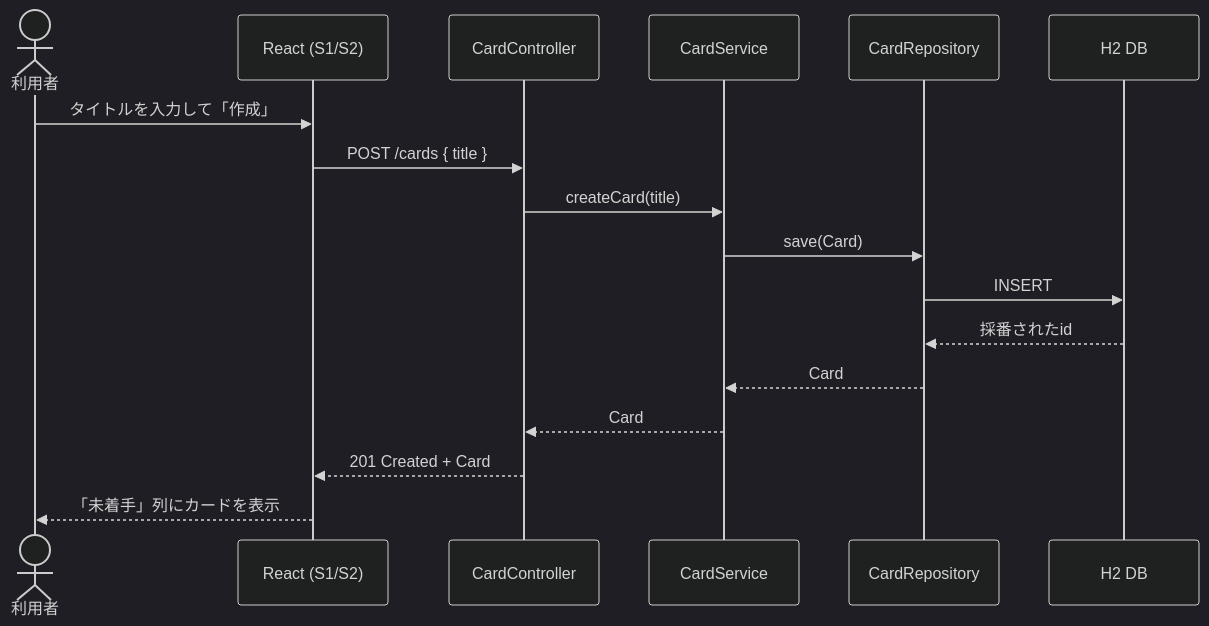
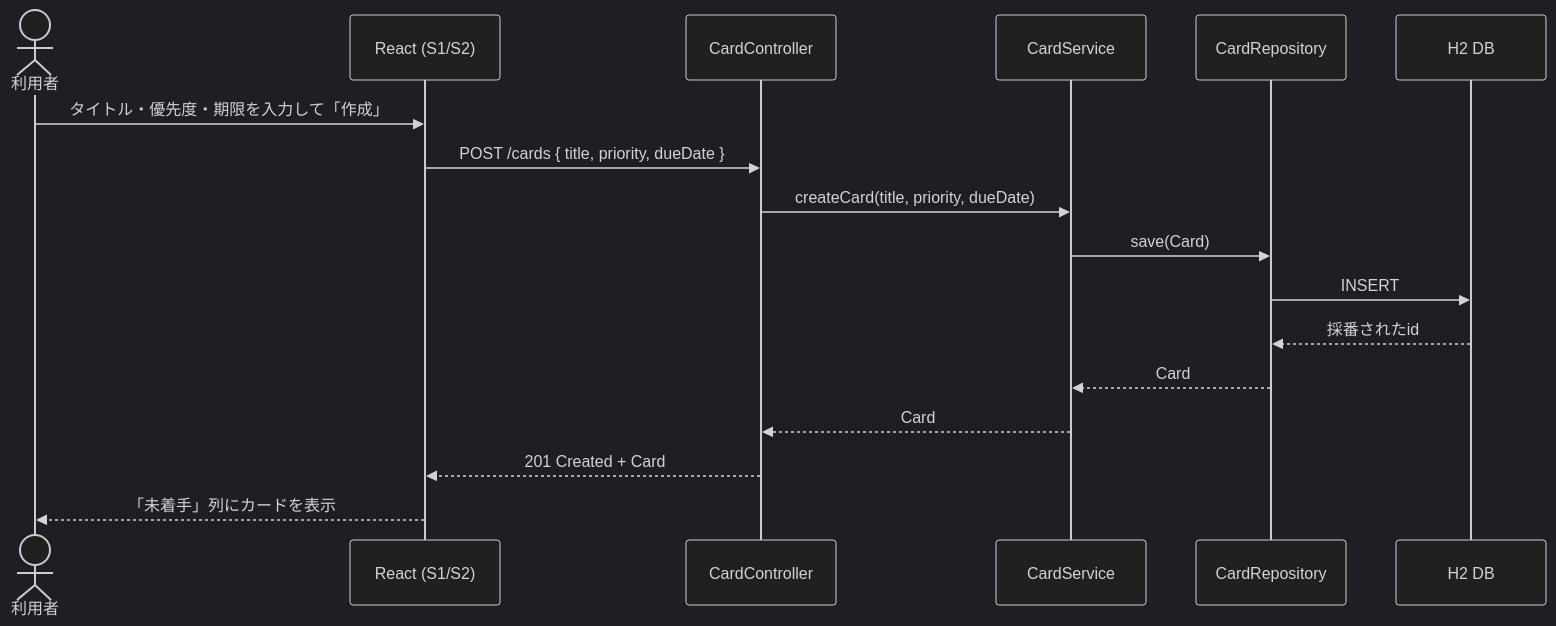
One commit to takahiromorikawa/TaskManagement changed the first of 4 diagrams in docs/api.md. Above: the diagram before and after it, drawn with Mermaid (dark theme). The commit also changed other lines of this file and 4 other files, not shown here.

````diff
--- a/docs/api.md
+++ b/docs/api.md
@@ -24,20 +27,20 @@
 ```mermaid
 sequenceDiagram
     actor User as 利用者
     participant FE as React (S1/S2)
     participant API as CardController
     participant SVC as CardService
     participant REPO as CardRepository
     participant DB as H2 DB
 
-    User->>FE: タイトルを入力して「作成」
-    FE->>API: POST /cards { title }
-    API->>SVC: createCard(title)
+    User->>FE: タイトル・優先度・期限を入力して「作成」
+    FE->>API: POST /cards { title, priority, dueDate }
+    API->>SVC: createCard(title, priority, dueDate)
     SVC->>REPO: save(Card)
     REPO->>DB: INSERT
     DB-->>REPO: 採番されたid
     REPO-->>SVC: Card
     SVC-->>API: Card
     API-->>FE: 201 Created + Card
     FE-->>User: 「未着手」列にカードを表示
 ```
````
